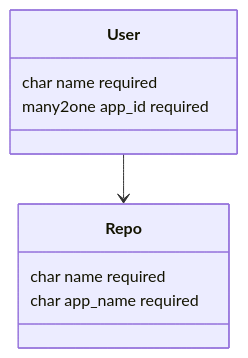
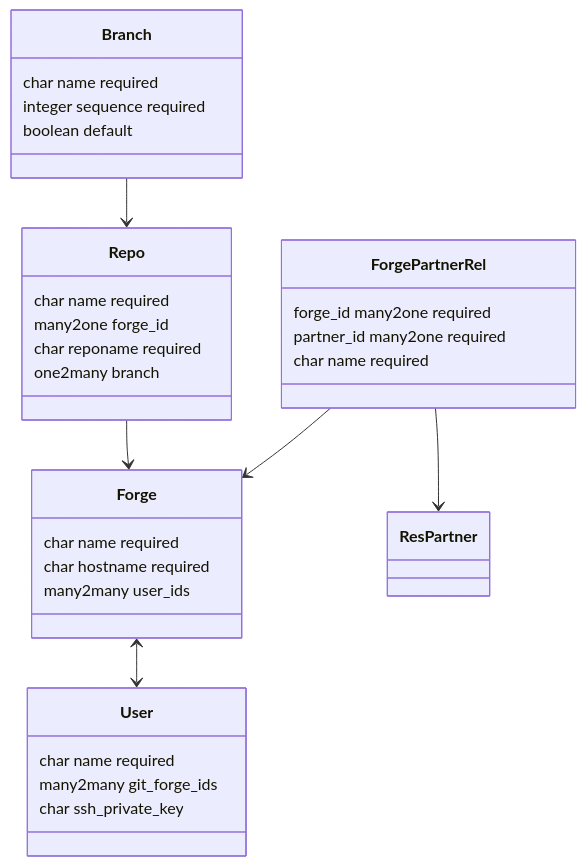
Before and after one commit to Mint-System/Wiki: the diagram in Specification Git Kubernetes.md, drawn with Mermaid. The commit also changed 3 other files, not shown here.

````diff
--- a/Specification Git Kubernetes.md
+++ b/Specification Git Kubernetes.md
@@ -21,14 +21,39 @@
 ```mermaid
 classDiagram
-    User --> Repo
+    Forge <--> User
+	ForgePartnerRel --> Forge
+	ForgePartnerRel --> ResPartner
+	Repo --> Forge
+	Branch --> Repo
+	
+    class User {
+		char name required
+		many2many git_forge_ids
+		char ssh_private_key
+    }
 
-    class User{
+	class Forge {
 		char name required
-		many2one app_id required
-    }
+		char hostname required
+		many2many user_ids
+	}
+
+	class ForgePartnerRel {
+		forge_id many2one required
+		partner_id many2one required
+		char name required
+	}
 
     class Repo{
 		char name required
-		char app_name required
+		many2one forge_id
+		char reponame required
+		one2many branch
+    }
+
+    class Branch{
+		char name required
+		integer sequence required
+		boolean default
     }
 ```
````
